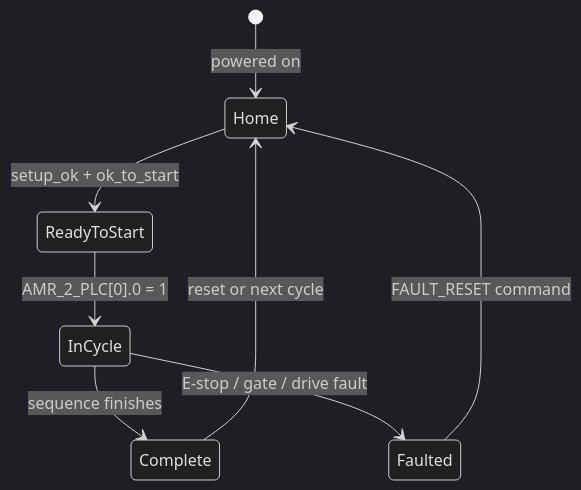
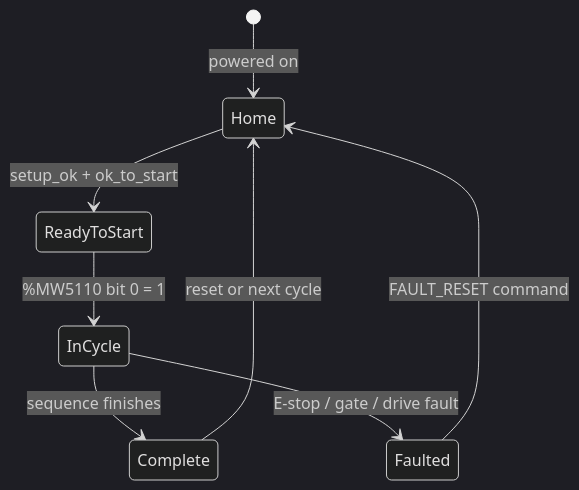
One commit to sahand2ajami/agrobot-dashboard changed the fifth of 5 diagrams in docs/plc.md. Above: the diagram before and after it, drawn with Mermaid (dark theme). The commit also changed other lines of this file and 8 other files, not shown here.

````diff
--- a/docs/plc.md
+++ b/docs/plc.md
@@ -326,10 +373,10 @@
 ```mermaid
 stateDiagram-v2
     [*] --> Home : powered on
     Home --> ReadyToStart : setup_ok + ok_to_start
-    ReadyToStart --> InCycle : AMR_2_PLC[0].0 = 1
+    ReadyToStart --> InCycle : %MW5110 bit 0 = 1
     InCycle --> Complete : sequence finishes
     Complete --> Home : reset or next cycle
     InCycle --> Faulted : E-stop / gate / drive fault
     Faulted --> Home : FAULT_RESET command
 ```
````
